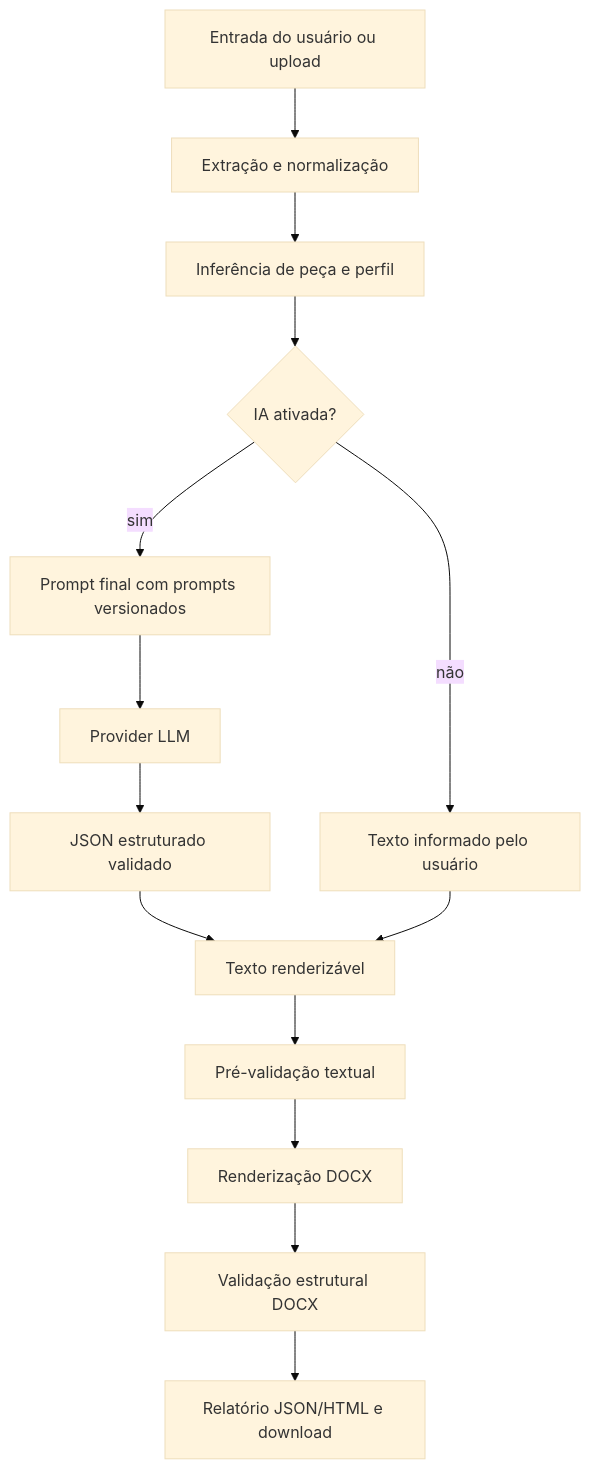
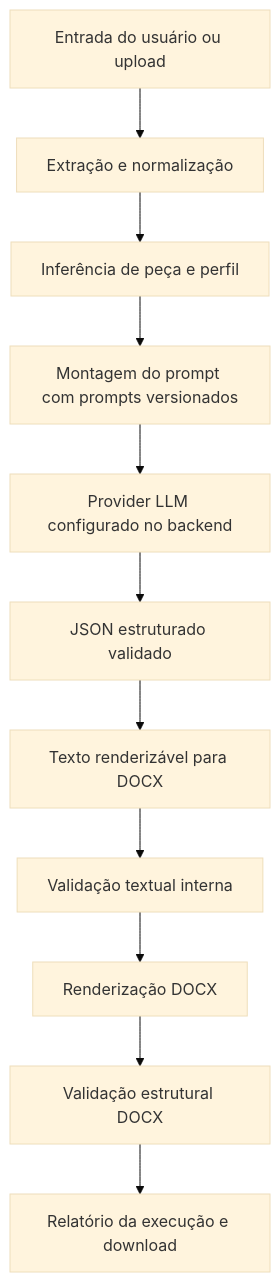
Before and after one commit to 1kookieh/sistema-de-peticoes: the diagram in docs/architecture.md, drawn with Mermaid (base theme). The commit also changed other lines of this file and 25 other files, not shown here.

````diff
--- a/docs/architecture.md
+++ b/docs/architecture.md
@@ -15,16 +15,13 @@
 ```mermaid
 flowchart TD
     A["Entrada do usuário ou upload"] --> B["Extração e normalização"]
     B --> C["Inferência de peça e perfil"]
-    C --> D{"IA ativada?"}
-    D -- "não" --> E["Texto informado pelo usuário"]
-    D -- "sim" --> F["Prompt final com prompts versionados"]
-    F --> G["Provider LLM"]
-    G --> H["JSON estruturado validado"]
-    H --> I["Texto renderizável"]
-    E --> I
-    I --> J["Pré-validação textual"]
-    J --> K["Renderização DOCX"]
-    K --> L["Validação estrutural DOCX"]
-    L --> M["Relatório JSON/HTML e download"]
+    C --> D["Montagem do prompt com prompts versionados"]
+    D --> E["Provider LLM configurado no backend"]
+    E --> F["JSON estruturado validado"]
+    F --> G["Texto renderizável para DOCX"]
+    G --> H["Validação textual interna"]
+    H --> I["Renderização DOCX"]
+    I --> J["Validação estrutural DOCX"]
+    J --> K["Relatório da execução e download"]
 ```
````
